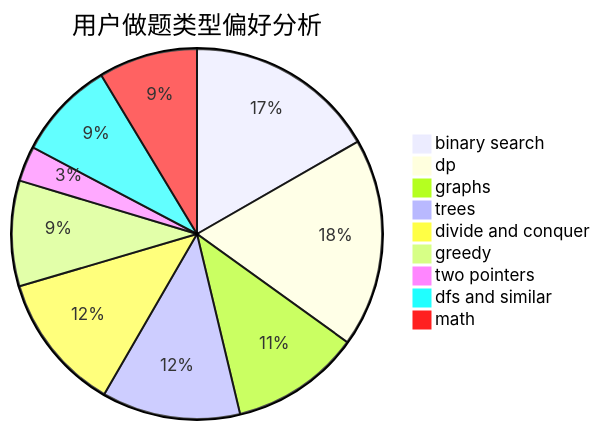
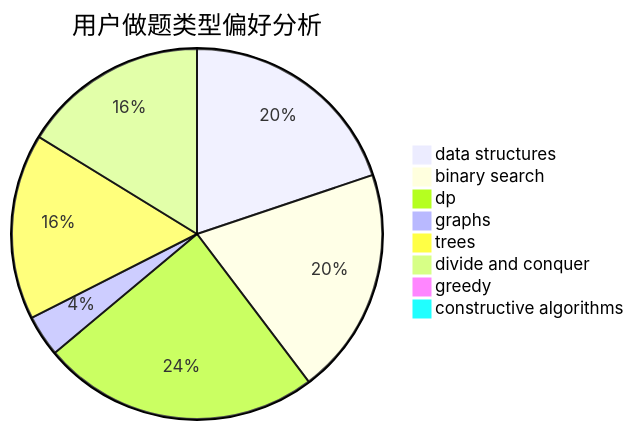
One commit to sherpahu/cfrs.github.io changed the second of 3 diagrams in docs/user/u426.md. Above: the diagram before and after it, drawn with Mermaid. The commit also changed other lines of this file and 2775 other files, not shown here.

````diff
--- a/docs/user/u426.md
+++ b/docs/user/u426.md
@@ -23,12 +23,11 @@
 ```mermaid
 pie title 用户做题类型偏好分析
-    "binary search" :  87
-    "dp" :  95
-    "graphs" :  59
+    "data structures" :  77
+    "binary search" :  77
+    "dp" :  94
+    "graphs" :  14
     "trees" :  63
     "divide and conquer" :  63
-    "greedy" :  48
-    "two pointers" :  16
-    "dfs and similar" :  45
-    "math" :  45
+    "greedy" :  2
+    "constructive algorithms" :  0
 ```
````
